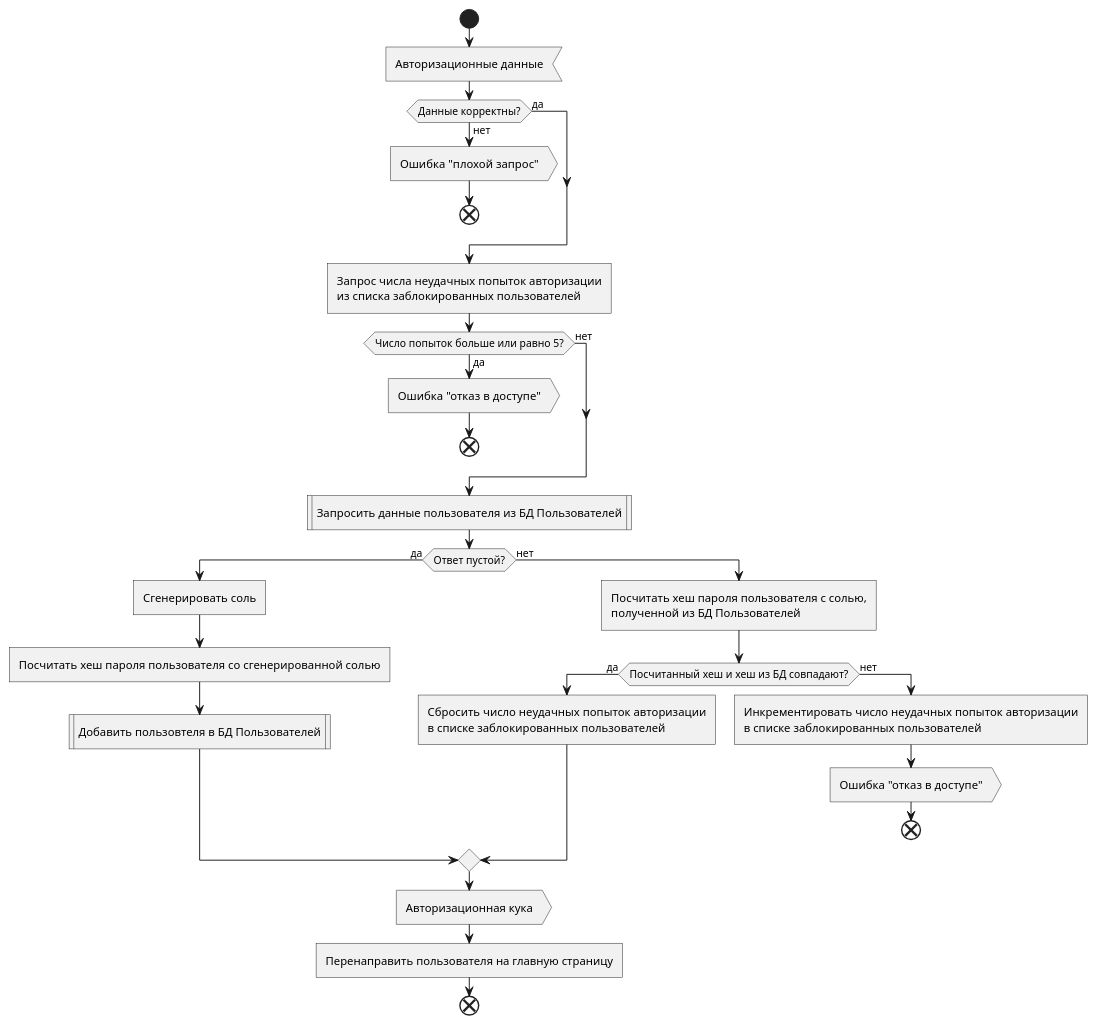
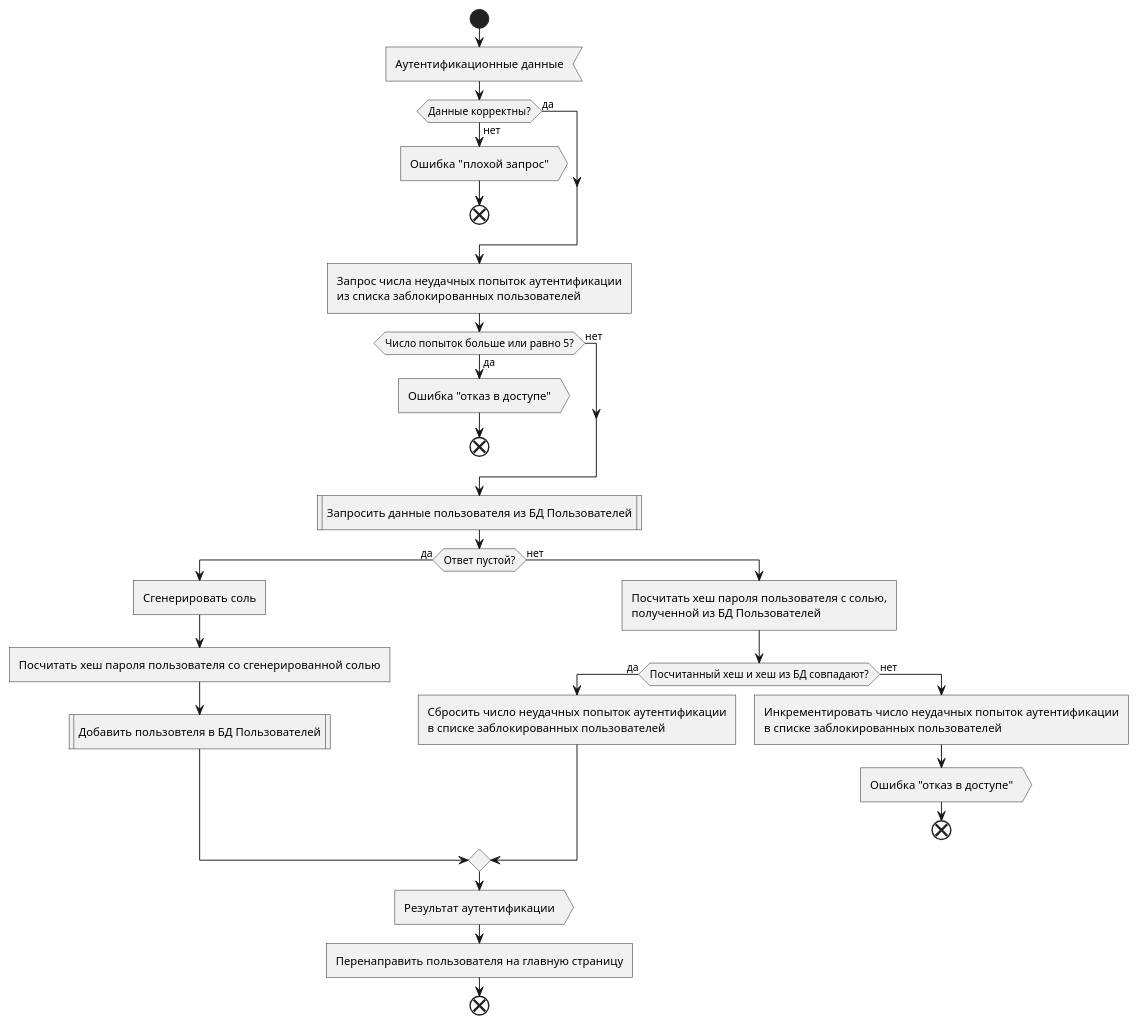
Before and after one commit to mrypdm/JobSystem: the first of 4 diagrams in docs/diagrams/activity/User.WebApp.puml, drawn with PlantUML. The commit also changed 7 other files, not shown here.

Commit message:
diagrams fixes

```diff
--- a/docs/diagrams/activity/User.WebApp.puml
+++ b/docs/diagrams/activity/User.WebApp.puml
@@ -1,45 +1,45 @@
 @startuml User sign up-in
 
 start
 
-:Авторизационные данные<
+:Аутентификационные данные<
 
 if (Данные корректны?) then (нет)
     :Ошибка "плохой запрос">
     end
 else (да)
 endif
 
-:Запрос числа неудачных попыток авторизации
+:Запрос числа неудачных попыток аутентификации
 из списка заблокированных пользователей]
 
 if (Число попыток больше или равно 5?) then (да)
     :Ошибка "отказ в доступе">
     end
 else (нет)
 endif
 
 :Запросить данные пользователя из БД Пользователей|
 if (Ответ пустой?) then (да)
     :Сгенерировать соль]
     :Посчитать хеш пароля пользователя со сгенерированной солью]
     :Добавить пользовтеля в БД Пользователей|
 else (нет)
     :Посчитать хеш пароля пользователя с солью,
     полученной из БД Пользователей]
     if (Посчитанный хеш и хеш из БД совпадают?) then (да)
-        :Сбросить число неудачных попыток авторизации
+        :Сбросить число неудачных попыток аутентификации
         в списке заблокированных пользователей]
     else (нет)
-        :Инкрементировать число неудачных попыток авторизации
+        :Инкрементировать число неудачных попыток аутентификации
         в списке заблокированных пользователей]
         :Ошибка "отказ в доступе">
         end
     endif
 endif
 
-:Авторизационная кука>
+:Результат аутентификации>
 :Перенаправить пользователя на главную страницу]
 end
 
 @enduml
```
